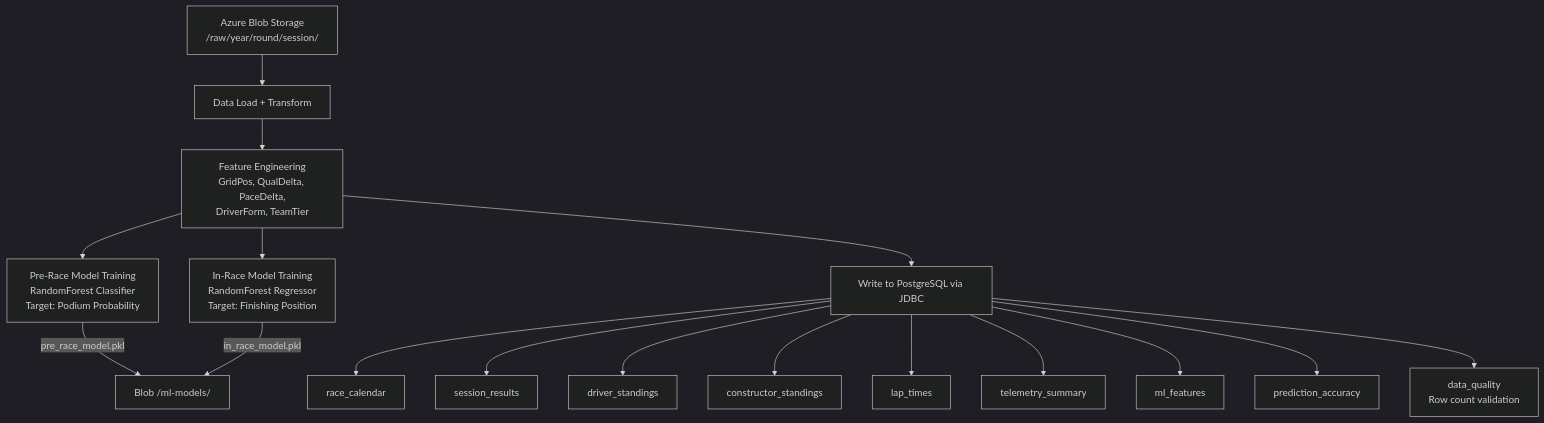
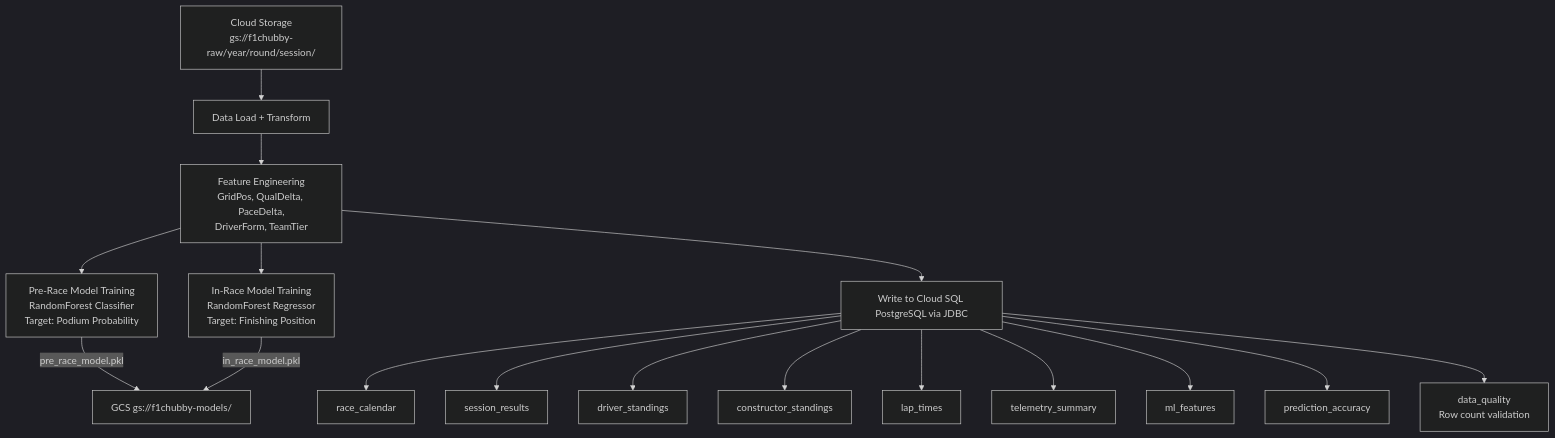
Before and after one commit to nmk-k66-uet/F1-Chubby-Data: the second of 11 diagrams in revised_plan.md, drawn with Mermaid (dark theme). The commit also changed other lines of this file and 1 other file, not shown here.

````diff
--- a/revised_plan.md
+++ b/revised_plan.md
@@ -63,19 +66,19 @@
 ```mermaid
 flowchart TD
-    BLOB[Azure Blob Storage<br/>/raw/year/round/session/] --> LOAD[Data Load + Transform]
+    GCS[Cloud Storage<br/>gs://f1chubby-raw/year/round/session/] --> LOAD[Data Load + Transform]
     LOAD --> FEAT[Feature Engineering<br/>GridPos, QualDelta, PaceDelta,<br/>DriverForm, TeamTier]
     FEAT --> PRE_MODEL[Pre-Race Model Training<br/>RandomForest Classifier<br/>Target: Podium Probability]
     FEAT --> IN_MODEL[In-Race Model Training<br/>RandomForest Regressor<br/>Target: Finishing Position]
-    PRE_MODEL -->|pre_race_model.pkl| BLOB_OUT[Blob /ml-models/]
-    IN_MODEL -->|in_race_model.pkl| BLOB_OUT
-    FEAT --> PG_WRITE[Write to PostgreSQL via JDBC]
+    PRE_MODEL -->|pre_race_model.pkl| GCS_OUT[GCS gs://f1chubby-models/]
+    IN_MODEL -->|in_race_model.pkl| GCS_OUT
+    FEAT --> PG_WRITE[Write to Cloud SQL PostgreSQL via JDBC]
     PG_WRITE --> T1[race_calendar]
     PG_WRITE --> T2[session_results]
     PG_WRITE --> T3[driver_standings]
     PG_WRITE --> T4[constructor_standings]
     PG_WRITE --> T5[lap_times]
     PG_WRITE --> T6[telemetry_summary]
     PG_WRITE --> T7[ml_features]
     PG_WRITE --> T8[prediction_accuracy]
     PG_WRITE --> DQ[data_quality<br/>Row count validation]
 ```
````
